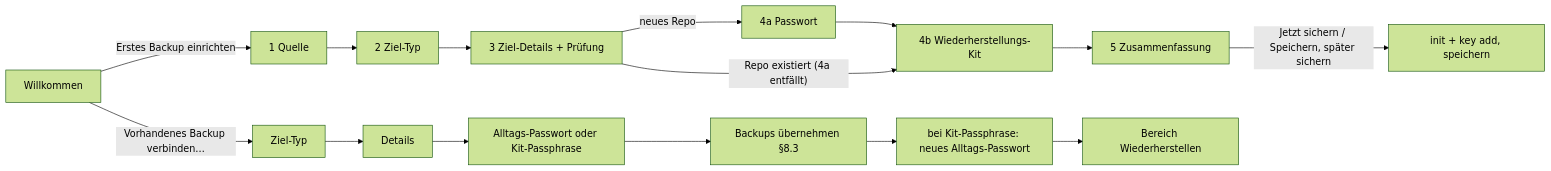
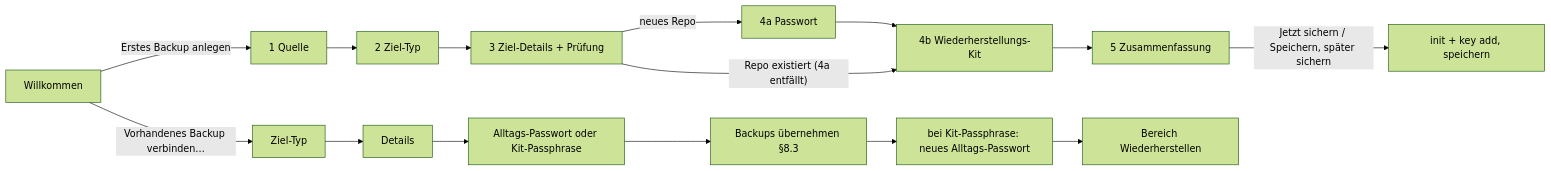
One commit to Swissbite/kestic changed the diagram in docs/spec/ui/ablaeufe.md. Above: the diagram before and after it, drawn with Mermaid (forest theme). The commit also changed other lines of this file and 6 other files, not shown here.

````diff
--- a/docs/spec/ui/ablaeufe.md
+++ b/docs/spec/ui/ablaeufe.md
@@ -19,8 +19,8 @@
 ```mermaid
 flowchart LR
-  W["Willkommen"] -->|Erstes Backup einrichten| S1["1 Quelle"] --> S2["2 Ziel-Typ"] --> S3["3 Ziel-Details + Prüfung"]
+  W["Willkommen"] -->|Erstes Backup anlegen| S1["1 Quelle"] --> S2["2 Ziel-Typ"] --> S3["3 Ziel-Details + Prüfung"]
   S3 -->|neues Repo| S4a["4a Passwort"] --> S4b["4b Wiederherstellungs-Kit"] --> S5["5 Zusammenfassung"]
   S3 -->|"Repo existiert (4a entfällt)"| S4b
   S5 -->|"Jetzt sichern / Speichern, später sichern"| E["init + key add, speichern"]
   W -->|"Vorhandenes Backup verbinden…"| N2["Ziel-Typ"] --> N3["Details"] --> N4["Alltags-Passwort oder Kit-Passphrase"] --> N5["Backups übernehmen §8.3"] --> N6["bei Kit-Passphrase: neues Alltags-Passwort"] --> N7["Bereich Wiederherstellen"]
 ```
````
